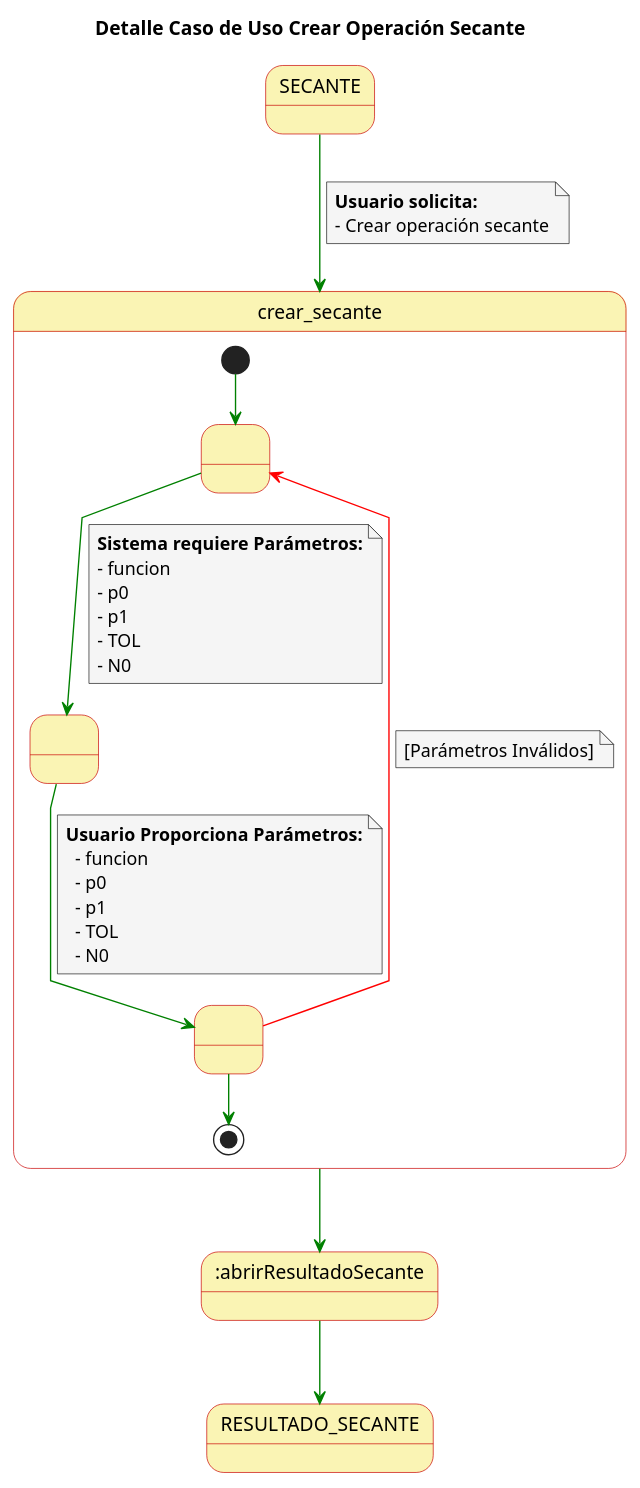
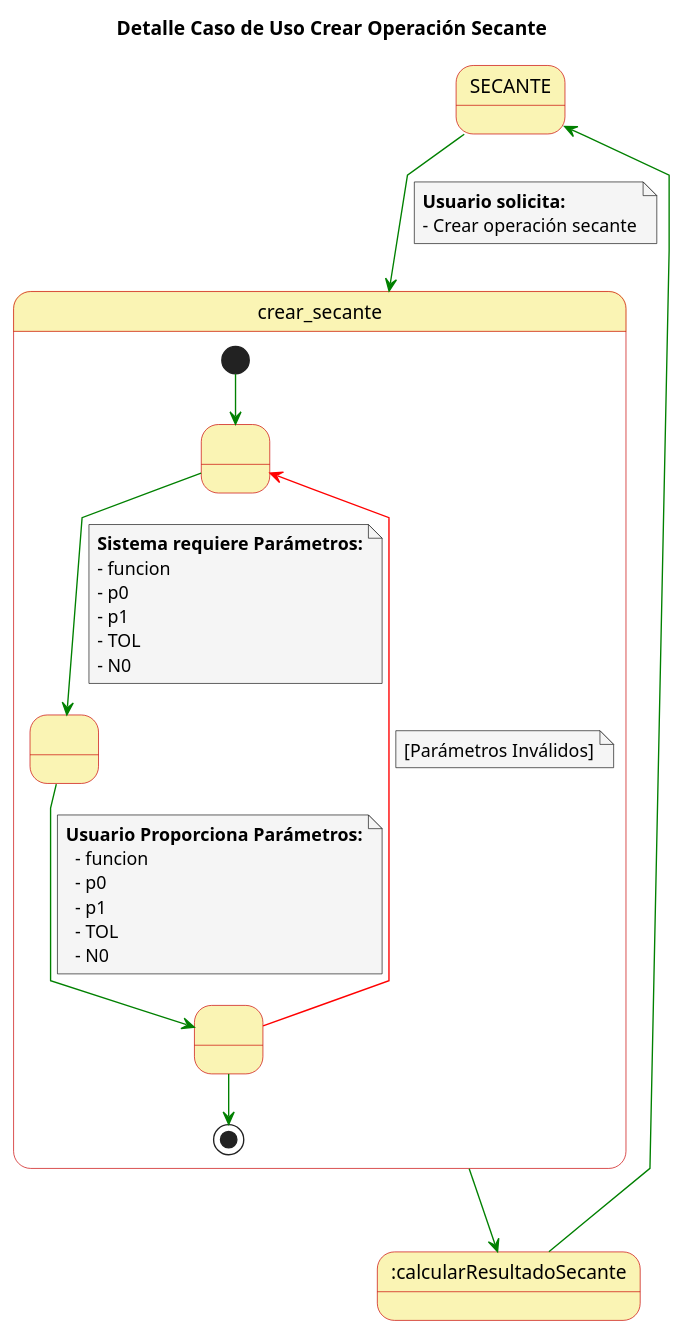
One commit to rodri5villa/numath-API changed the diagram in casosDeUso/detallesCasosUsoEcuacionesUnaVariable/detalleCasoUsoCrearSecante.puml. Above: the diagram before and after it, drawn with PlantUML. The commit also changed 148 other files, not shown here.

```diff
--- a/casosDeUso/detallesCasosUsoEcuacionesUnaVariable/detalleCasoUsoCrearSecante.puml
+++ b/casosDeUso/detallesCasosUsoEcuacionesUnaVariable/detalleCasoUsoCrearSecante.puml
@@ -1,58 +1,61 @@
 @startuml
+
+top to bottom direction
 
 skinparam state {
   BackgroundColor #faf4b4
   BorderColor #c90000
 }
 
 skinparam note {
   BackgroundColor #f5f5f5
 }
 
 skinparam linetype polyline
 
 title Detalle Caso de Uso Crear Operación Secante
 
+state SECANTE 
 
 SECANTE -[#green]-> crear_secante
 note on link
   **Usuario solicita:**
   - Crear operación secante
 end note
 
 state crear_secante {
   state 1 as " "
   state 2 as " "
   state 3 as " "
   
   [*] -[#green]-> 1
   1 -[#green]-> 2
   note on link
       **Sistema requiere Parámetros:**
       - funcion
       - p0
       - p1
       - TOL
       - N0
   end note
   2 -[#green]-> 3
   note on link
     **Usuario Proporciona Parámetros:**
       - funcion
       - p0
       - p1
       - TOL
       - N0
   end note
   3 -[#red]-> 1
   note on link
     [Parámetros Inválidos]
   end note
   3 -[#green]-> [*]
 }
 
-crear_secante -[#green]-> :abrirResultadoSecante
+crear_secante -[#green]-> :calcularResultadoSecante
 
-:abrirResultadoSecante -[#green]-> RESULTADO_SECANTE
+:calcularResultadoSecante-[#green]-> SECANTE 
 
 @enduml
```
